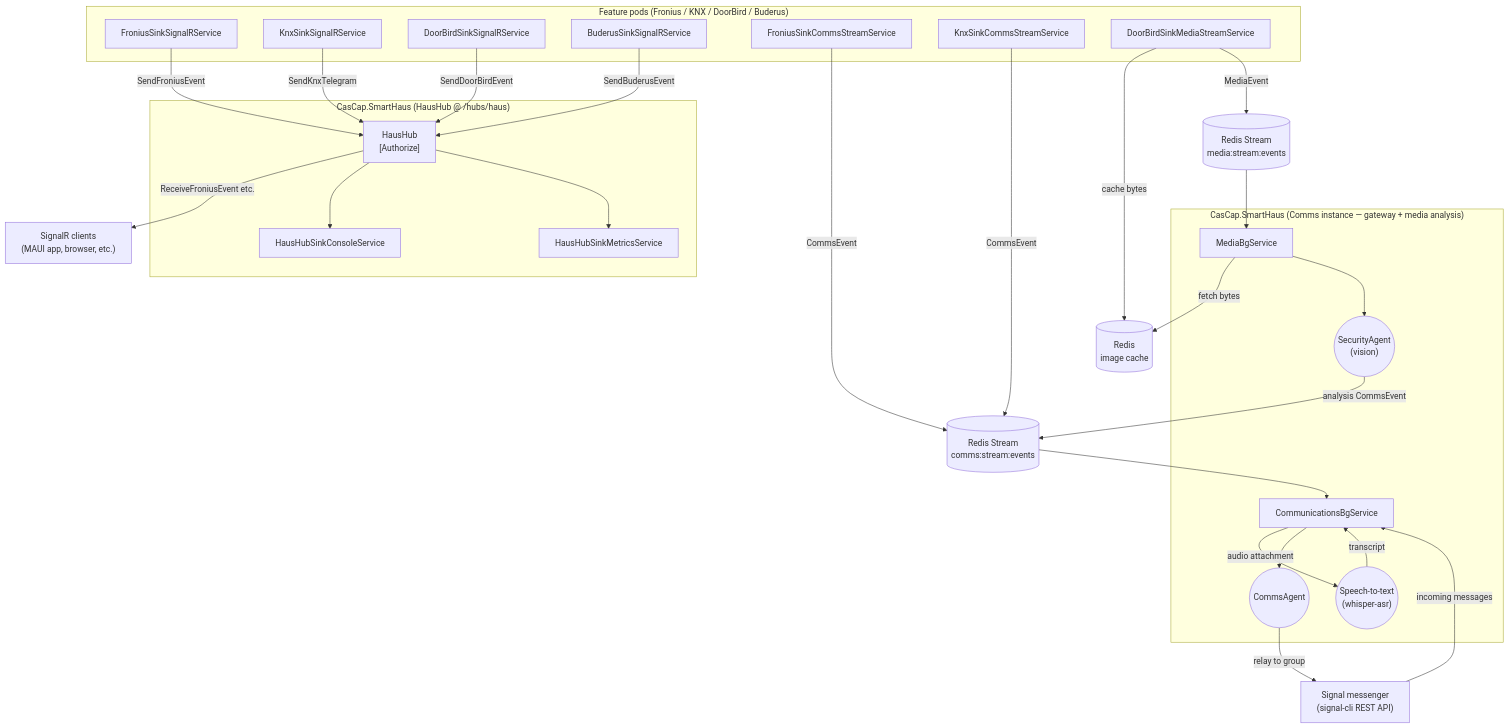
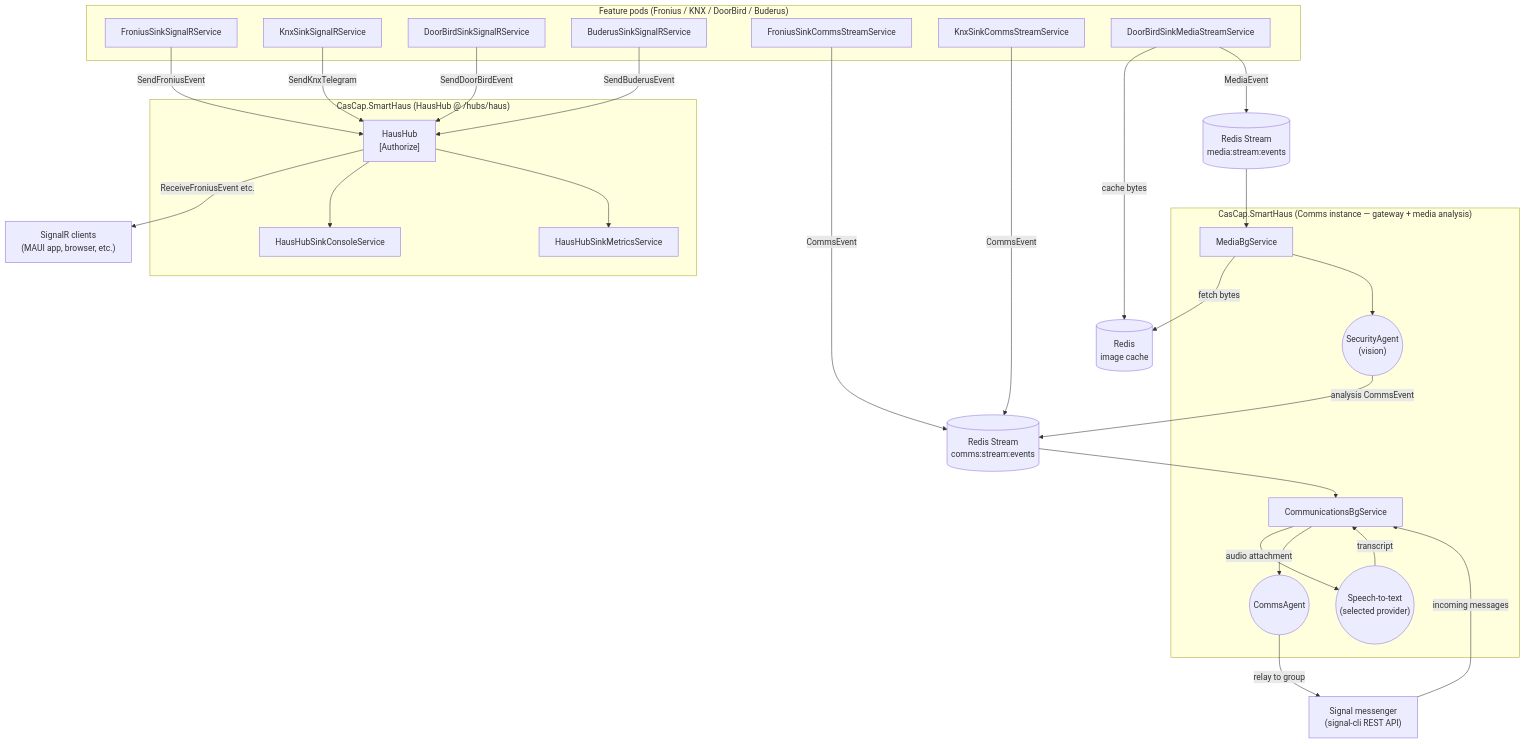
One commit to f2calv/SmartHaus changed the first of 2 diagrams in README.md. Above: the diagram before and after it, drawn with Mermaid. The commit also changed other lines of this file and 2 other files, not shown here.

Commit message:
docs(speech): document the pluggable speech-to-text providers
- add the missing SpeechToTextConfig section
- describe the three providers and compare their measured speed and trade-offs
- make the architecture diagrams provider-agnostic
- surface the voice capability in the root readme
- document the speech tests and their prerequisites

````diff
--- a/README.md
+++ b/README.md
@@ -138,61 +139,61 @@
 ```mermaid
 flowchart TD
     subgraph FeaturePods["Feature pods (Fronius / KNX / DoorBird / Buderus)"]
         FRONIUS_SINK["FroniusSinkSignalRService"]
         KNX_SINK["KnxSinkSignalRService"]
         DOORBIRD_SINK["DoorBirdSinkSignalRService"]
         BUDERUS_SINK["BuderusSinkSignalRService"]
         FRONIUS_COMMS["FroniusSinkCommsStreamService"]
         KNX_COMMS["KnxSinkCommsStreamService"]
         DOORBIRD_MEDIA["DoorBirdSinkMediaStreamService"]
     end
 
     subgraph Hub["CasCap.SmartHaus (HausHub @ /hubs/haus)"]
         HAUSHUB["HausHub\n[Authorize]"]
         HUB_CONSOLE["HausHubSinkConsoleService"]
         HUB_METRICS["HausHubSinkMetricsService"]
     end
 
     subgraph Comms["CasCap.SmartHaus (Comms instance — gateway + media analysis)"]
         COMMS_BG["CommunicationsBgService"]
         COMMS_AGENT(("CommsAgent"))
-        STT(("Speech-to-text\n(whisper-asr)"))
+        STT(("Speech-to-text\n(selected provider)"))
         MEDIA_BG["MediaBgService"]
         SECURITY_AGENT(("SecurityAgent\n(vision)"))
     end
 
     MEDIA_STREAM[("Redis Stream\nmedia:stream:events")]
     COMMS_STREAM[("Redis Stream\ncomms:stream:events")]
     REDIS_CACHE[("Redis\nimage cache")]
     CLIENTS["SignalR clients\n(MAUI app, browser, etc.)"]
     SIGNALCLI["Signal messenger\n(signal-cli REST API)"]
 
     %% SignalR path
     FRONIUS_SINK -->|SendFroniusEvent| HAUSHUB
     KNX_SINK -->|SendKnxTelegram| HAUSHUB
     DOORBIRD_SINK -->|SendDoorBirdEvent| HAUSHUB
     BUDERUS_SINK -->|SendBuderusEvent| HAUSHUB
     HAUSHUB -->|ReceiveFroniusEvent etc.| CLIENTS
     HAUSHUB --> HUB_CONSOLE
     HAUSHUB --> HUB_METRICS
 
     %% Comms stream path (text events)
     FRONIUS_COMMS -->|CommsEvent| COMMS_STREAM
     KNX_COMMS -->|CommsEvent| COMMS_STREAM
 
     %% Media stream path (binary media)
     DOORBIRD_MEDIA -->|cache bytes| REDIS_CACHE
     DOORBIRD_MEDIA -->|MediaEvent| MEDIA_STREAM
     MEDIA_STREAM --> MEDIA_BG
     MEDIA_BG -->|fetch bytes| REDIS_CACHE
     MEDIA_BG --> SECURITY_AGENT
     SECURITY_AGENT -->|analysis CommsEvent| COMMS_STREAM
 
     %% CommsAgent gateway
     COMMS_STREAM --> COMMS_BG
     COMMS_BG -->|audio attachment| STT
     STT -->|transcript| COMMS_BG
     COMMS_BG --> COMMS_AGENT
     COMMS_AGENT -->|relay to group| SIGNALCLI
     SIGNALCLI -->|incoming messages| COMMS_BG
 ```
````
